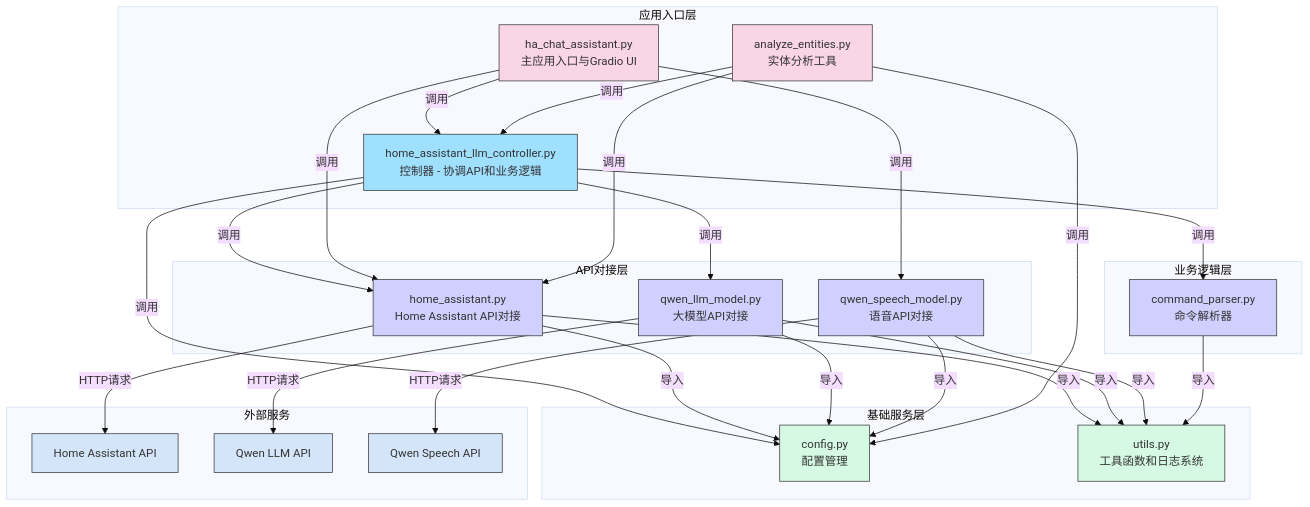
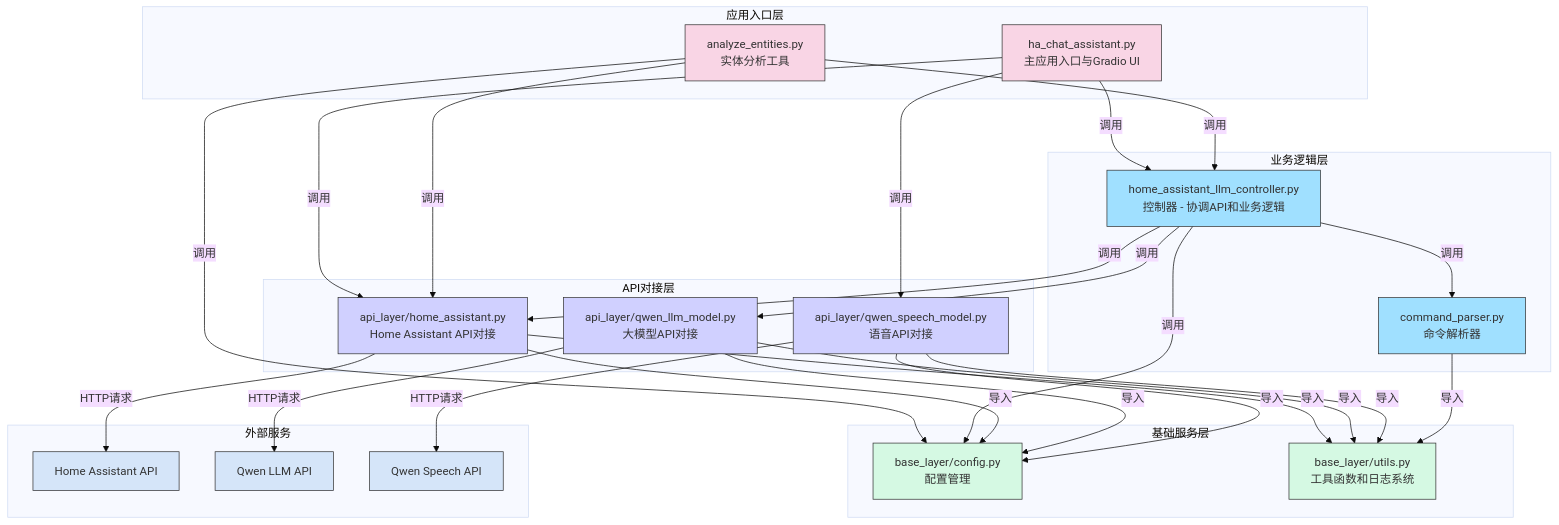
The diagram in README.md (zlccccc/HomeAssistant-LLM-Analysis), drawn with Mermaid (base theme) before and after one commit. The commit also changed other lines of this file and 13 other files, not shown here.

````diff
--- a/README.md
+++ b/README.md
@@ -9,62 +9,65 @@
 ```mermaid
 graph TD
     subgraph 应用入口层
-        A[ha_chat_assistant.py<br>主应用入口与Gradio UI] -->|调用| G
-        C[analyze_entities.py<br>实体分析工具] -->|调用| G
+        A[ha_chat_assistant.py<br>主应用入口与Gradio UI]
+        C[analyze_entities.py<br>实体分析工具]
     end
   
     subgraph 业务逻辑层
-        G[home_assistant_llm_controller.py<br>控制器 - 协调API和业务逻辑] -->|调用| B6
+        G[home_assistant_llm_controller.py<br>控制器 - 协调API和业务逻辑]
+        B6[command_parser.py<br>命令解析器]
     end
   
     subgraph API对接层
-        B1[home_assistant.py<br>Home Assistant API对接]
-        B3[qwen_speech_model.py<br>语音API对接]
-        B5[qwen_llm_model.py<br>大模型API对接]
-        B6[command_parser.py<br>命令解析器]
+        B1[api_layer/home_assistant.py<br>Home Assistant API对接]
+        B3[api_layer/qwen_speech_model.py<br>语音API对接]
+        B5[api_layer/qwen_llm_model.py<br>大模型API对接]
     end
   
     subgraph 基础服务层
-        B4[config.py<br>配置管理]
-        B7[utils.py<br>工具函数和日志系统]
+        B4[base_layer/config.py<br>配置管理]
+        B7[base_layer/utils.py<br>工具函数和日志系统]
     end
   
     subgraph 外部服务
         D[Home Assistant API]
         E[Qwen LLM API]
         F[Qwen Speech API]
     end
     
-    %% 调用关系
+    %% 调用关系 - 放在subgraph外部
+    A -->|调用| G
+    A -->|调用| B1
+    A -->|调用| B3
+    C -->|调用| G
+    C -->|调用| B1
+    C -->|调用| B4
+    G -->|调用| B6
     G -->|调用| B1
     G -->|调用| B5
     G -->|调用| B4
+    B1 -->|HTTP请求| D
+    B3 -->|HTTP请求| F
+    B5 -->|HTTP请求| E
     B1 -->|导入| B4
     B1 -->|导入| B7
     B5 -->|导入| B4
     B5 -->|导入| B7
     B3 -->|导入| B4
     B3 -->|导入| B7
     B6 -->|导入| B7
-    B1 -->|HTTP请求| D
-    B5 -->|HTTP请求| E
-    B3 -->|HTTP请求| F
-    A -->|调用| B1
-    A -->|调用| B3
-    C -->|调用| B1
-    C -->|调用| B4
     
     %% 样式设置
     style A fill:#f9d5e5,stroke:#333,stroke-width:1px
     style C fill:#f9d5e5,stroke:#333,stroke-width:1px
     style G fill:#a0e0ff,stroke:#333,stroke-width:1px
+    style B6 fill:#a0e0ff,stroke:#333,stroke-width:1px
     style B1 fill:#d0d0ff,stroke:#333,stroke-width:1px
     style B3 fill:#d0d0ff,stroke:#333,stroke-width:1px
     style B5 fill:#d0d0ff,stroke:#333,stroke-width:1px
-    style B6 fill:#d0d0ff,stroke:#333,stroke-width:1px
     style B4 fill:#d5f9e3,stroke:#333,stroke-width:1px
     style B7 fill:#d5f9e3,stroke:#333,stroke-width:1px
     style D fill:#d5e5f9,stroke:#333,stroke-width:1px
     style E fill:#d5e5f9,stroke:#333,stroke-width:1px
     style F fill:#d5e5f9,stroke:#333,stroke-width:1px
 ```
````
